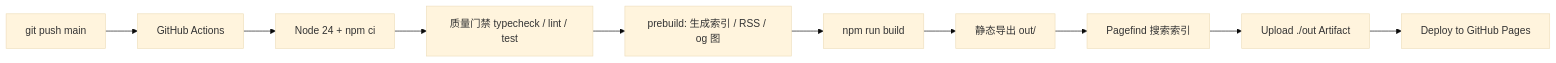
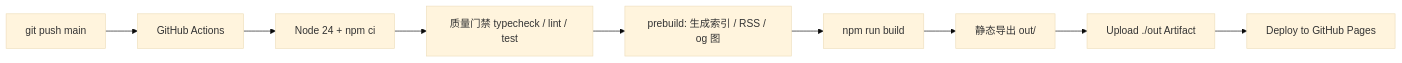
Before and after one commit to SanshuiBot/sanshui-blog: the diagram in README.md, drawn with Mermaid (base theme). The commit also changed other lines of this file and 13 other files, not shown here.

First line of the commit message:
perf: 精简打包体积（序列化修复、移除 Pagefind、产物清理、压缩 og 图）

````diff
--- a/README.md
+++ b/README.md
@@ -359,12 +358,11 @@
 ```mermaid
 graph LR
   A["git push main"] --> B["GitHub Actions"]
   B --> C["Node 24 + npm ci"]
   C --> C1["质量门禁 typecheck / lint / test"]
   C1 --> D["prebuild: 生成索引 / RSS / og 图"]
   D --> E["npm run build"]
   E --> F["静态导出 out/"]
-  F --> G["Pagefind 搜索索引"]
-  G --> H["Upload ./out Artifact"]
+  F --> H["Upload ./out Artifact"]
   H --> I["Deploy to GitHub Pages"]
 ```
````
